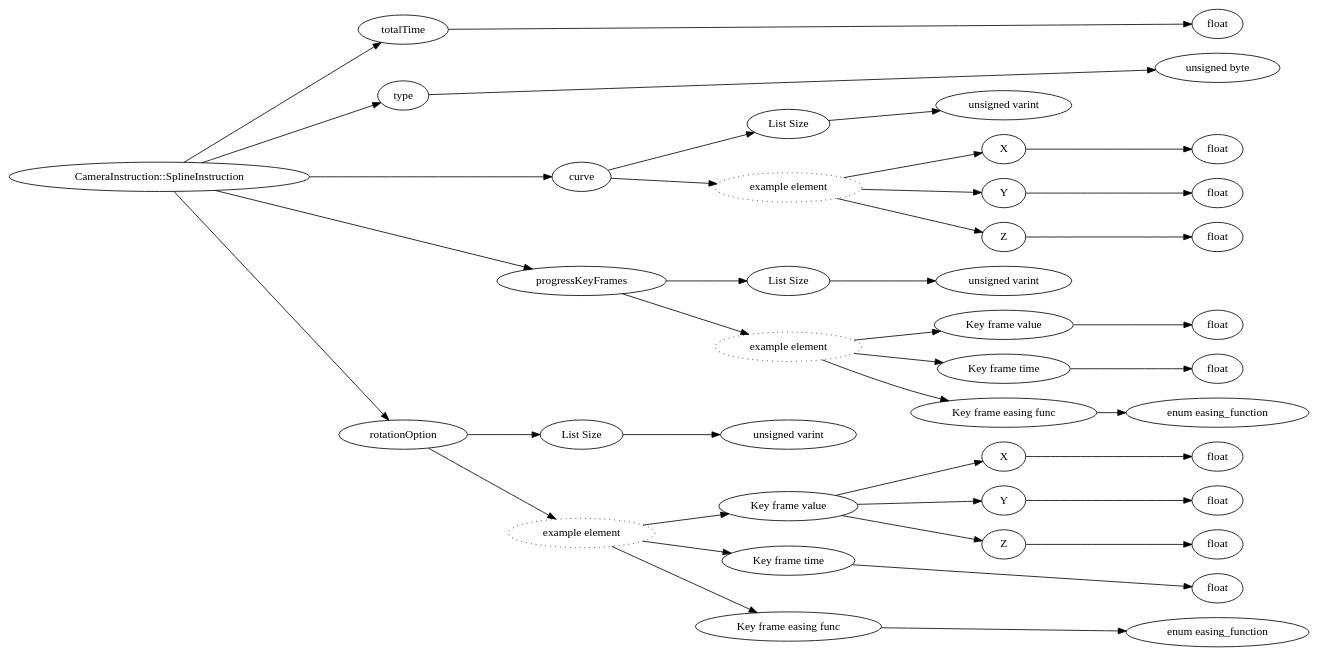
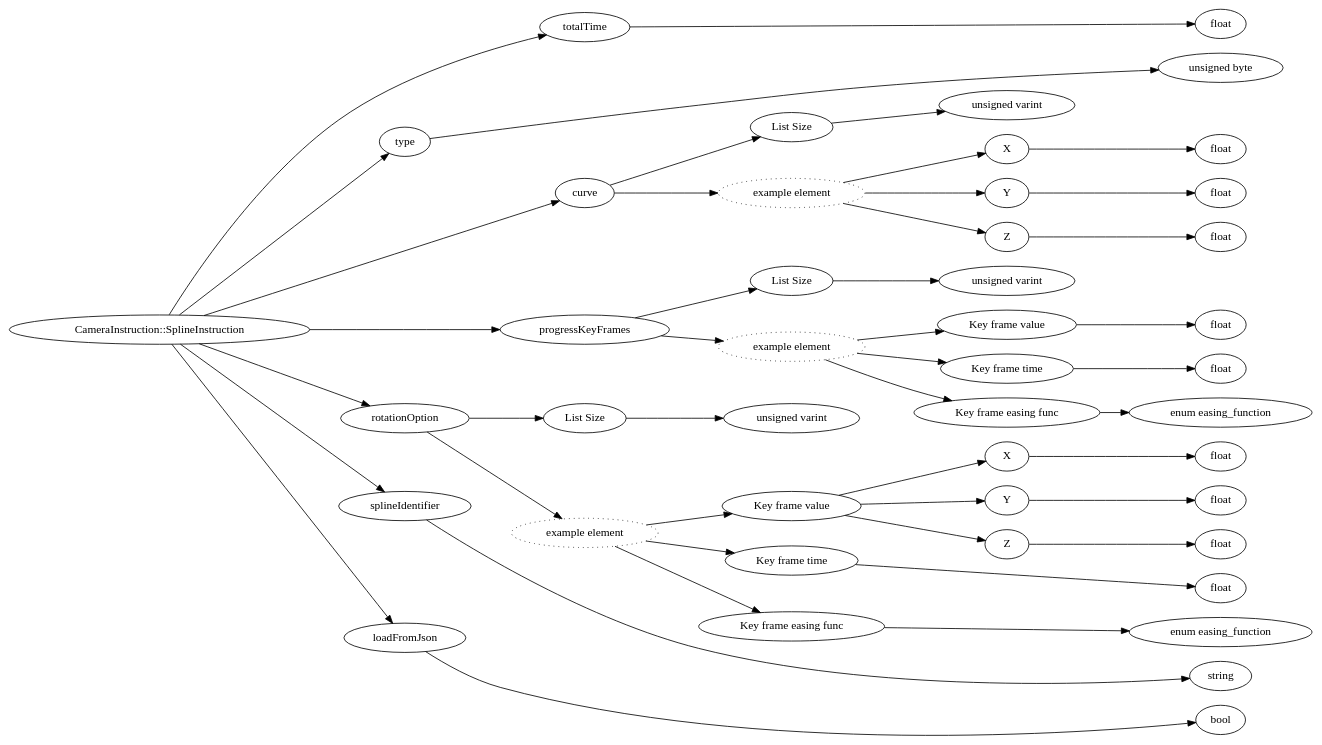
One commit to Mojang/bedrock-protocol-docs changed the diagram in dot/CameraInstruction__SplineInstruction.dot. Above: the diagram before and after it, drawn with Graphviz. The commit also changed 589 other files, not shown here.

```diff
--- a/dot/CameraInstruction__SplineInstruction.dot
+++ b/dot/CameraInstruction__SplineInstruction.dot
@@ -1,86 +1,94 @@
 digraph "CameraInstruction::SplineInstruction" {
 rankdir = LR
 0
 0 -> 1
 1 -> 2
 0 -> 3
 3 -> 4
 0 -> 5
 5 -> 6
 6 -> 7
 5 -> 8
 8 -> 9
 9 -> 10
 8 -> 11
 11 -> 12
 8 -> 13
 13 -> 14
 0 -> 15
 15 -> 16
 16 -> 17
 15 -> 18
 18 -> 19
 19 -> 20
 18 -> 21
 21 -> 22
 18 -> 23
 23 -> 24
 0 -> 25
 25 -> 26
 26 -> 27
 25 -> 28
 28 -> 29
 29 -> 30
 30 -> 31
 29 -> 32
 32 -> 33
 29 -> 34
 34 -> 35
 28 -> 36
 36 -> 37
 28 -> 38
 38 -> 39
+0 -> 40
+40 -> 41
+0 -> 42
+42 -> 43
 
 0 [label="CameraInstruction::SplineInstruction",comment="name: \"CameraInstruction::SplineInstruction\", typeName: \"\", id: 0, branchId: 0, recurseId: -1, attributes: 0, notes: \"\""];
 1 [label="totalTime",comment="name: \"totalTime\", typeName: \"\", id: 1, branchId: 0, recurseId: -1, attributes: 0, notes: \"\""];
 2 [label="float",comment="name: \"float\", typeName: \"\", id: 2, branchId: 0, recurseId: -1, attributes: 512, notes: \"\""];
 3 [label="type",comment="name: \"type\", typeName: \"\", id: 3, branchId: 0, recurseId: -1, attributes: 0, notes: \"\""];
 4 [label="unsigned byte",comment="name: \"unsigned byte\", typeName: \"\", id: 4, branchId: 0, recurseId: -1, attributes: 512, notes: \"\""];
 5 [label="curve",comment="name: \"curve\", typeName: \"\", id: 5, branchId: 0, recurseId: -1, attributes: 0, notes: \"\""];
 6 [label="List Size",comment="name: \"List Size\", typeName: \"\", id: 6, branchId: 0, recurseId: -1, attributes: 0, notes: \"\""];
 7 [label="unsigned varint",comment="name: \"unsigned varint\", typeName: \"\", id: 7, branchId: 0, recurseId: -1, attributes: 0, notes: \"\""];
 8 [label="example element",style=dotted,comment="name: \"example element\", typeName: \"\", id: 8, branchId: 0, recurseId: -1, attributes: 16, notes: \"\""];
 9 [label="X",comment="name: \"X\", typeName: \"\", id: 9, branchId: 0, recurseId: -1, attributes: 0, notes: \"\""];
 10 [label="float",comment="name: \"float\", typeName: \"\", id: 10, branchId: 0, recurseId: -1, attributes: 512, notes: \"\""];
 11 [label="Y",comment="name: \"Y\", typeName: \"\", id: 11, branchId: 0, recurseId: -1, attributes: 0, notes: \"\""];
 12 [label="float",comment="name: \"float\", typeName: \"\", id: 12, branchId: 0, recurseId: -1, attributes: 512, notes: \"\""];
 13 [label="Z",comment="name: \"Z\", typeName: \"\", id: 13, branchId: 0, recurseId: -1, attributes: 0, notes: \"\""];
 14 [label="float",comment="name: \"float\", typeName: \"\", id: 14, branchId: 0, recurseId: -1, attributes: 512, notes: \"\""];
 15 [label="progressKeyFrames",comment="name: \"progressKeyFrames\", typeName: \"\", id: 15, branchId: 0, recurseId: -1, attributes: 0, notes: \"\""];
 16 [label="List Size",comment="name: \"List Size\", typeName: \"\", id: 16, branchId: 0, recurseId: -1, attributes: 0, notes: \"\""];
 17 [label="unsigned varint",comment="name: \"unsigned varint\", typeName: \"\", id: 17, branchId: 0, recurseId: -1, attributes: 0, notes: \"\""];
 18 [label="example element",style=dotted,comment="name: \"example element\", typeName: \"\", id: 18, branchId: 0, recurseId: -1, attributes: 16, notes: \"\""];
 19 [label="Key frame value",comment="name: \"Key frame value\", typeName: \"\", id: 19, branchId: 0, recurseId: -1, attributes: 0, notes: \"\""];
 20 [label="float",comment="name: \"float\", typeName: \"\", id: 20, branchId: 0, recurseId: -1, attributes: 512, notes: \"\""];
 21 [label="Key frame time",comment="name: \"Key frame time\", typeName: \"\", id: 21, branchId: 0, recurseId: -1, attributes: 0, notes: \"\""];
 22 [label="float",comment="name: \"float\", typeName: \"\", id: 22, branchId: 0, recurseId: -1, attributes: 512, notes: \"\""];
 23 [label="Key frame easing func",comment="name: \"Key frame easing func\", typeName: \"\", id: 23, branchId: 0, recurseId: -1, attributes: 0, notes: \"\""];
 24 [label="enum easing_function",comment="name: \"enum easing_function\", typeName: \"\", id: 24, branchId: 0, recurseId: -1, attributes: 512, notes: \"\""];
 25 [label="rotationOption",comment="name: \"rotationOption\", typeName: \"\", id: 25, branchId: 0, recurseId: -1, attributes: 0, notes: \"\""];
 26 [label="List Size",comment="name: \"List Size\", typeName: \"\", id: 26, branchId: 0, recurseId: -1, attributes: 0, notes: \"\""];
 27 [label="unsigned varint",comment="name: \"unsigned varint\", typeName: \"\", id: 27, branchId: 0, recurseId: -1, attributes: 0, notes: \"\""];
 28 [label="example element",style=dotted,comment="name: \"example element\", typeName: \"\", id: 28, branchId: 0, recurseId: -1, attributes: 16, notes: \"\""];
 29 [label="Key frame value",comment="name: \"Key frame value\", typeName: \"\", id: 29, branchId: 0, recurseId: -1, attributes: 0, notes: \"\""];
 30 [label="X",comment="name: \"X\", typeName: \"\", id: 30, branchId: 0, recurseId: -1, attributes: 0, notes: \"\""];
 31 [label="float",comment="name: \"float\", typeName: \"\", id: 31, branchId: 0, recurseId: -1, attributes: 512, notes: \"\""];
 32 [label="Y",comment="name: \"Y\", typeName: \"\", id: 32, branchId: 0, recurseId: -1, attributes: 0, notes: \"\""];
 33 [label="float",comment="name: \"float\", typeName: \"\", id: 33, branchId: 0, recurseId: -1, attributes: 512, notes: \"\""];
 34 [label="Z",comment="name: \"Z\", typeName: \"\", id: 34, branchId: 0, recurseId: -1, attributes: 0, notes: \"\""];
 35 [label="float",comment="name: \"float\", typeName: \"\", id: 35, branchId: 0, recurseId: -1, attributes: 512, notes: \"\""];
 36 [label="Key frame time",comment="name: \"Key frame time\", typeName: \"\", id: 36, branchId: 0, recurseId: -1, attributes: 0, notes: \"\""];
 37 [label="float",comment="name: \"float\", typeName: \"\", id: 37, branchId: 0, recurseId: -1, attributes: 512, notes: \"\""];
 38 [label="Key frame easing func",comment="name: \"Key frame easing func\", typeName: \"\", id: 38, branchId: 0, recurseId: -1, attributes: 0, notes: \"\""];
 39 [label="enum easing_function",comment="name: \"enum easing_function\", typeName: \"\", id: 39, branchId: 0, recurseId: -1, attributes: 512, notes: \"\""];
-{ rank = max;2;4;10;12;14;20;22;24;31;33;35;37;39}
+40 [label="splineIdentifier",comment="name: \"splineIdentifier\", typeName: \"\", id: 40, branchId: 0, recurseId: -1, attributes: 0, notes: \"\""];
+41 [label="string",comment="name: \"string\", typeName: \"\", id: 41, branchId: 0, recurseId: -1, attributes: 512, notes: \"\""];
+42 [label="loadFromJson",comment="name: \"loadFromJson\", typeName: \"\", id: 42, branchId: 0, recurseId: -1, attributes: 0, notes: \"\""];
+43 [label="bool",comment="name: \"bool\", typeName: \"\", id: 43, branchId: 0, recurseId: -1, attributes: 512, notes: \"\""];
+{ rank = max;2;4;10;12;14;20;22;24;31;33;35;37;39;41;43}
 
 }
```
